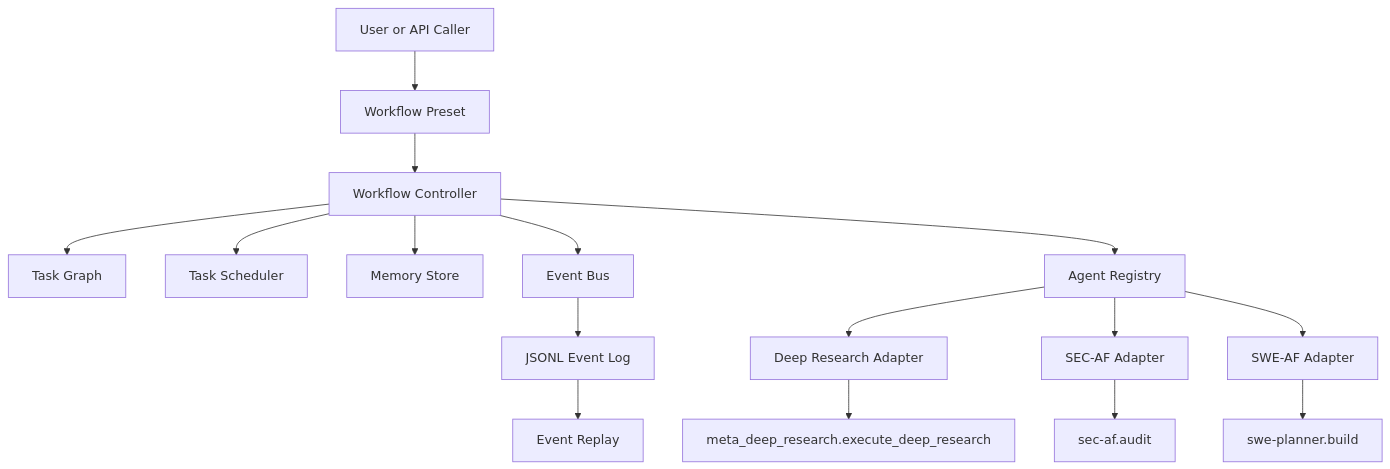
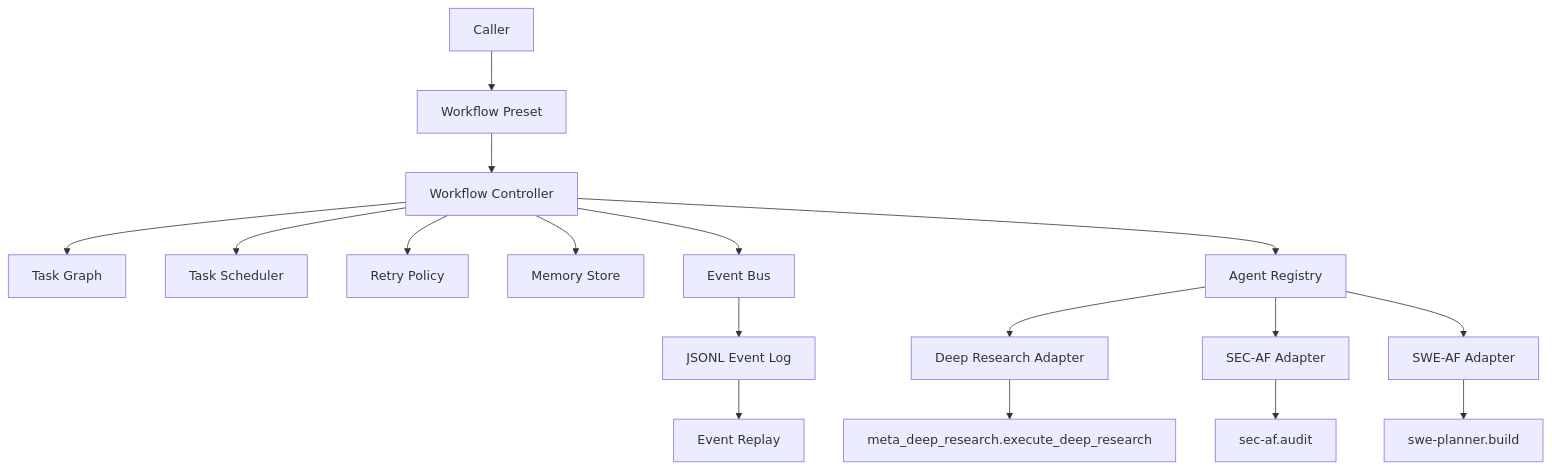
One commit to dawsonblock/ai_autonomous_engineering changed the first of 2 diagrams in README.md. Above: the diagram before and after it, drawn with Mermaid. The commit also changed other lines of this file and 72 other files, not shown here.

Commit message:
Implement graph-first SWE runtime

````diff
--- a/README.md
+++ b/README.md
@@ -59,21 +91,23 @@
 ```mermaid
 flowchart TD
-    U["User or API Caller"] --> W["Workflow Preset"]
-    W --> C["Workflow Controller"]
-    C --> G["Task Graph"]
-    C --> S["Task Scheduler"]
-    C --> M["Memory Store"]
-    C --> E["Event Bus"]
-    C --> R["Agent Registry"]
+    U["Caller"] --> P["Workflow Preset"]
+    P --> C["Workflow Controller"]
 
-    R --> A1["Deep Research Adapter"]
-    R --> A2["SEC-AF Adapter"]
-    R --> A3["SWE-AF Adapter"]
+    C --> TG["Task Graph"]
+    C --> TS["Task Scheduler"]
+    C --> RP["Retry Policy"]
+    C --> MS["Memory Store"]
+    C --> EB["Event Bus"]
+    C --> AR["Agent Registry"]
 
-    A1 --> AF1["meta_deep_research.execute_deep_research"]
-    A2 --> AF2["sec-af.audit"]
-    A3 --> AF3["swe-planner.build"]
+    AR --> DR["Deep Research Adapter"]
+    AR --> SA["SEC-AF Adapter"]
+    AR --> SW["SWE-AF Adapter"]
 
-    E --> L["JSONL Event Log"]
-    L --> RP["Event Replay"]
+    DR --> AF1["meta_deep_research.execute_deep_research"]
+    SA --> AF2["sec-af.audit"]
+    SW --> AF3["swe-planner.build"]
+
+    EB --> JL["JSONL Event Log"]
+    JL --> ER["Event Replay"]
 ```
````
